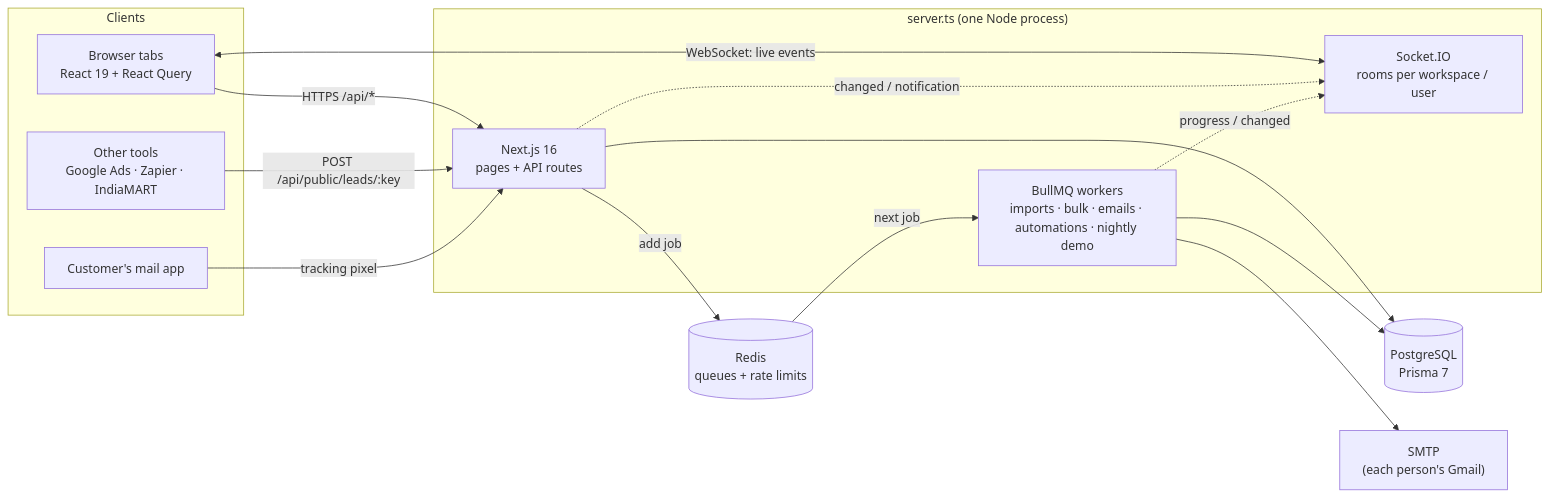
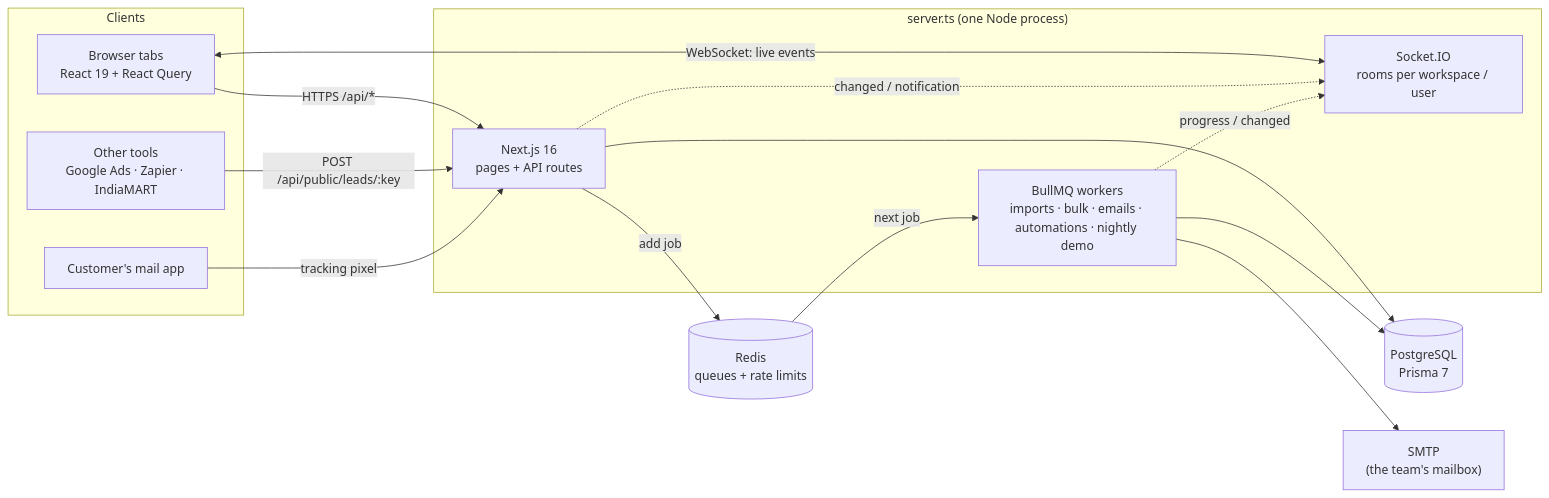
The first of 7 diagrams in README.md (kavya-thakur/crm), drawn with Mermaid before and after one commit. The commit also changed other lines of this file and 59 other files, not shown here.

````diff
--- a/README.md
+++ b/README.md
@@ -188,30 +206,30 @@
 ```mermaid
 flowchart LR
     subgraph Clients
         B["Browser tabs<br/>React 19 + React Query"]
         EXT["Other tools<br/>Google Ads · Zapier · IndiaMART"]
         MAIL["Customer's mail app"]
     end
 
     subgraph Node["server.ts (one Node process)"]
         NEXT["Next.js 16<br/>pages + API routes"]
         IO["Socket.IO<br/>rooms per workspace / user"]
         W["BullMQ workers<br/>imports · bulk · emails · automations · nightly demo"]
     end
 
     PG[("PostgreSQL<br/>Prisma 7")]
     R[("Redis<br/>queues + rate limits")]
-    SMTP["SMTP<br/>(each person's Gmail)"]
+    SMTP["SMTP<br/>(the team's mailbox)"]
 
     B -- "HTTPS /api/*" --> NEXT
     B <-- "WebSocket: live events" --> IO
     EXT -- "POST /api/public/leads/:key" --> NEXT
     MAIL -- "tracking pixel" --> NEXT
     NEXT --> PG
     NEXT -- "add job" --> R
     R -- "next job" --> W
     W --> PG
     W --> SMTP
     NEXT -.->|"changed / notification"| IO
     W -.->|"progress / changed"| IO
 ```
````
